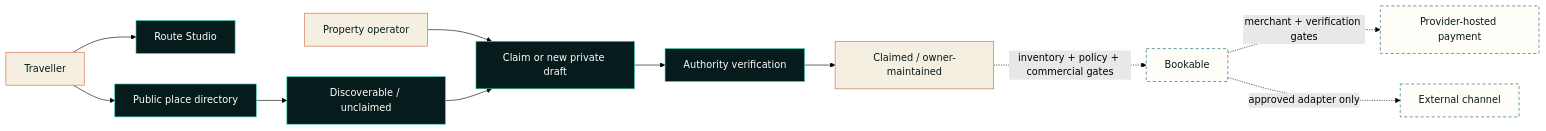
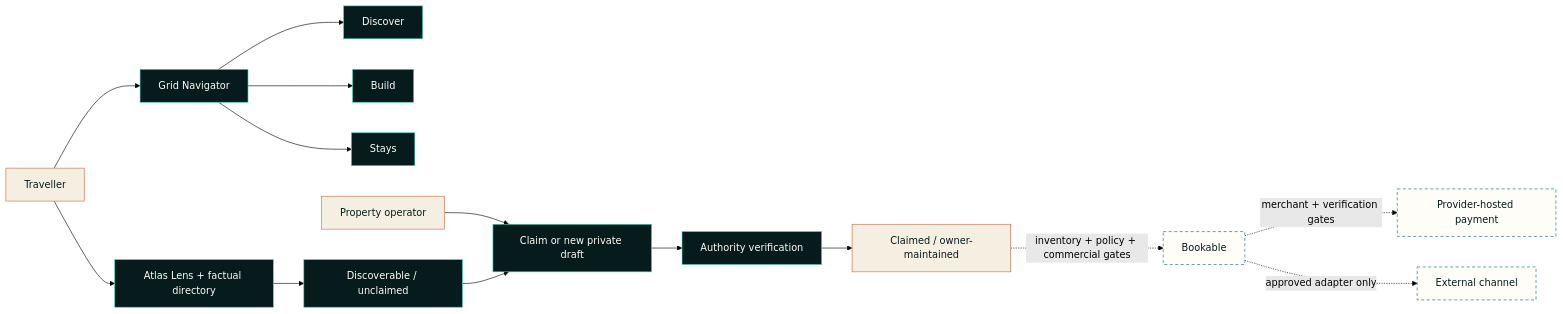
The diagram in README.md (freeman-ipumbu/tpts-grid-case-study), drawn with Mermaid (forest theme) before and after one commit. The commit also changed other lines of this file and 3 other files, not shown here.

Commit message:
docs: document one-map Grid architecture

````diff
--- a/README.md
+++ b/README.md
@@ -136,20 +145,23 @@
 ```mermaid
 flowchart LR
-    T[Traveller] --> R[Route Studio]
-    T --> D[Public place directory]
+    T[Traveller] --> N[Grid Navigator]
+    N --> E[Discover]
+    N --> R[Build]
+    N --> S[Stays]
+    T --> D[Atlas Lens + factual directory]
     O[Property operator] --> C[Claim or new private draft]
     C --> V[Authority verification]
     D --> U[Discoverable / unclaimed]
     U --> C
     V --> K[Claimed / owner-maintained]
     K -. inventory + policy + commercial gates .-> B[Bookable]
     B -. merchant + verification gates .-> P[Provider-hosted payment]
     B -. approved adapter only .-> X[External channel]
 
     classDef live fill:#061b1c,stroke:#42d5bd,color:#fffdf7;
     classDef truth fill:#f5efe2,stroke:#ce6842,color:#061b1c;
     classDef gated fill:#fffdf7,stroke:#0d6872,color:#061b1c,stroke-dasharray:5 4;
-    class R,D,U,C,V live;
+    class N,E,R,S,D,U,C,V live;
     class T,O,K truth;
     class B,P,X gated;
 ```
````
